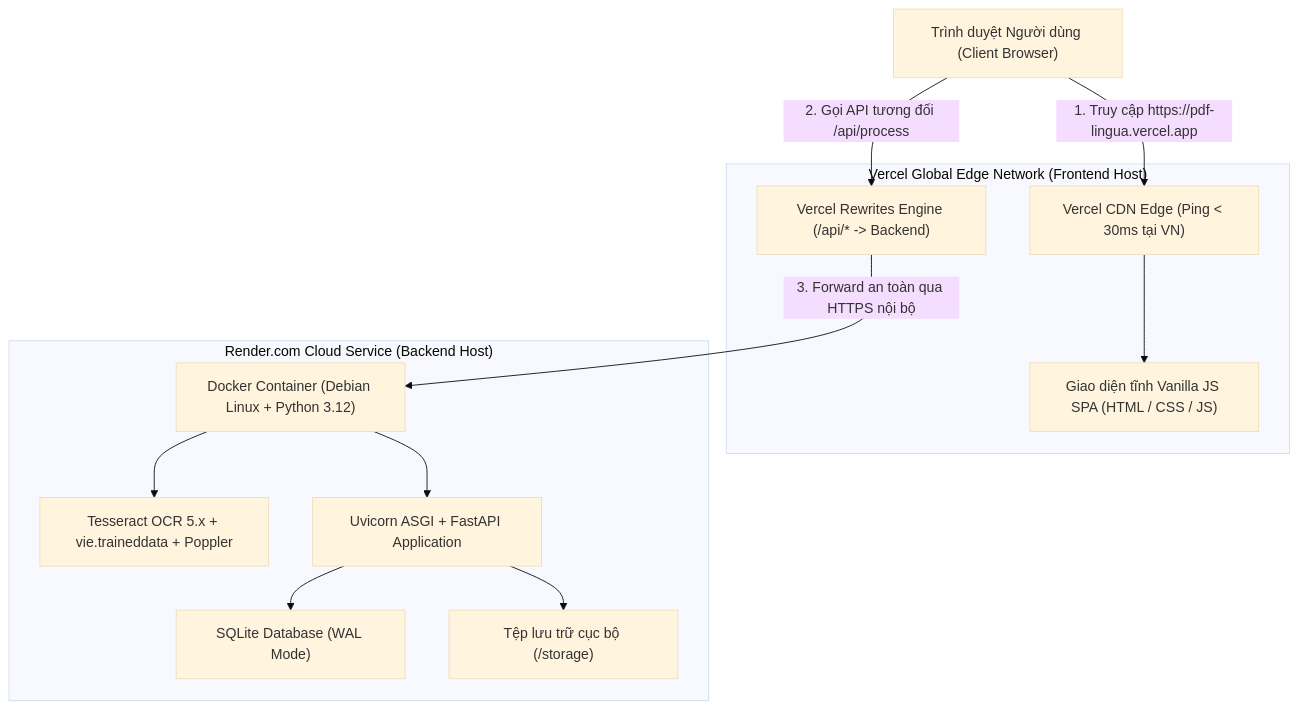
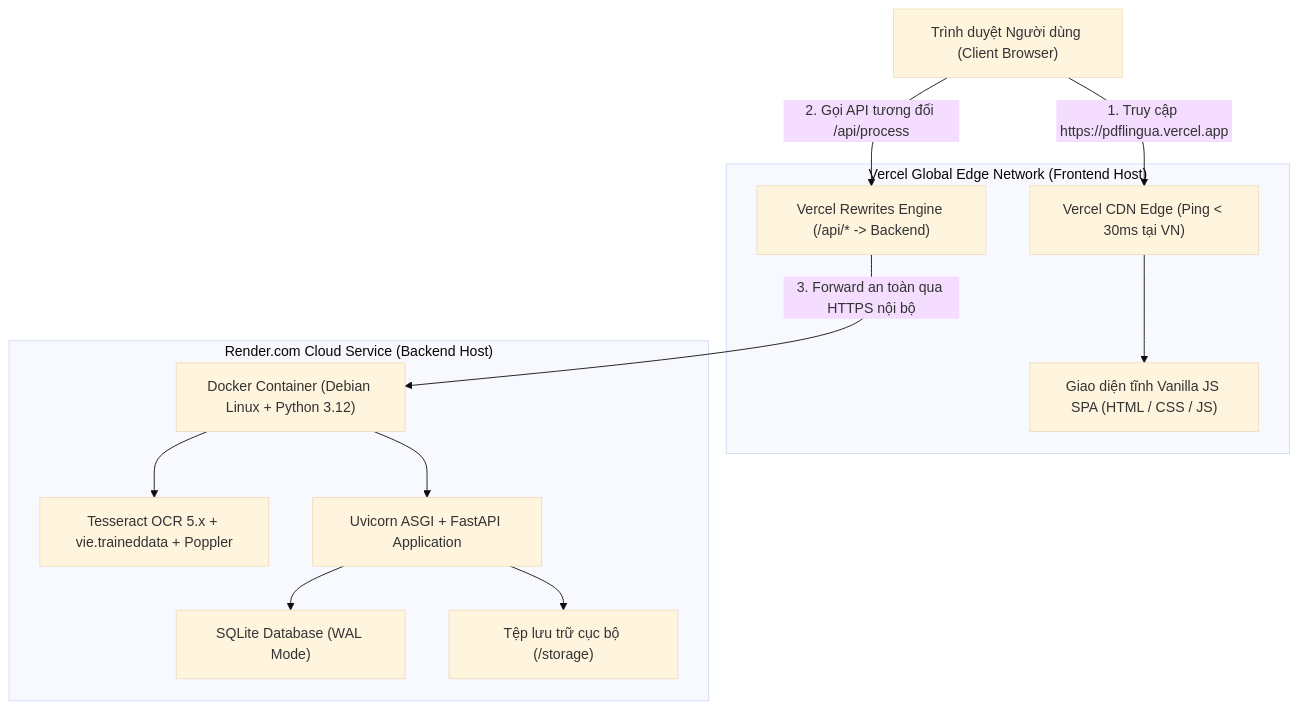
One commit to Sleepy2608/PDF-Lingua changed the diagram in Docs/installation-guide/cloud-deployment-guide.md. Above: the diagram before and after it, drawn with Mermaid (base theme). The commit also changed other lines of this file and 8 other files, not shown here.

````diff
--- a/Docs/installation-guide/cloud-deployment-guide.md
+++ b/Docs/installation-guide/cloud-deployment-guide.md
@@ -42,27 +42,27 @@
 ```mermaid
 flowchart TD
     Client["Trình duyệt Người dùng (Client Browser)"]
     
     subgraph Vercel ["Vercel Global Edge Network (Frontend Host)"]
         Edge["Vercel CDN Edge (Ping < 30ms tại VN)"]
         FE["Giao diện tĩnh Vanilla JS SPA (HTML / CSS / JS)"]
         Proxy["Vercel Rewrites Engine (/api/* -> Backend)"]
     end
     
     subgraph Render ["Render.com Cloud Service (Backend Host)"]
         Docker["Docker Container (Debian Linux + Python 3.12)"]
         OCR["Tesseract OCR 5.x + vie.traineddata + Poppler"]
         FastAPI["Uvicorn ASGI + FastAPI Application"]
         DB["SQLite Database (WAL Mode)"]
         Storage["Tệp lưu trữ cục bộ (/storage)"]
     end
     
-    Client -->|1. Truy cập https://pdf-lingua.vercel.app| Edge
+    Client -->|1. Truy cập https://pdflingua.vercel.app| Edge
     Edge --> FE
     Client -->|2. Gọi API tương đối /api/process| Proxy
     Proxy -->|3. Forward an toàn qua HTTPS nội bộ| Docker
     Docker --> OCR
     Docker --> FastAPI
     FastAPI --> DB
     FastAPI --> Storage
 ```
````
